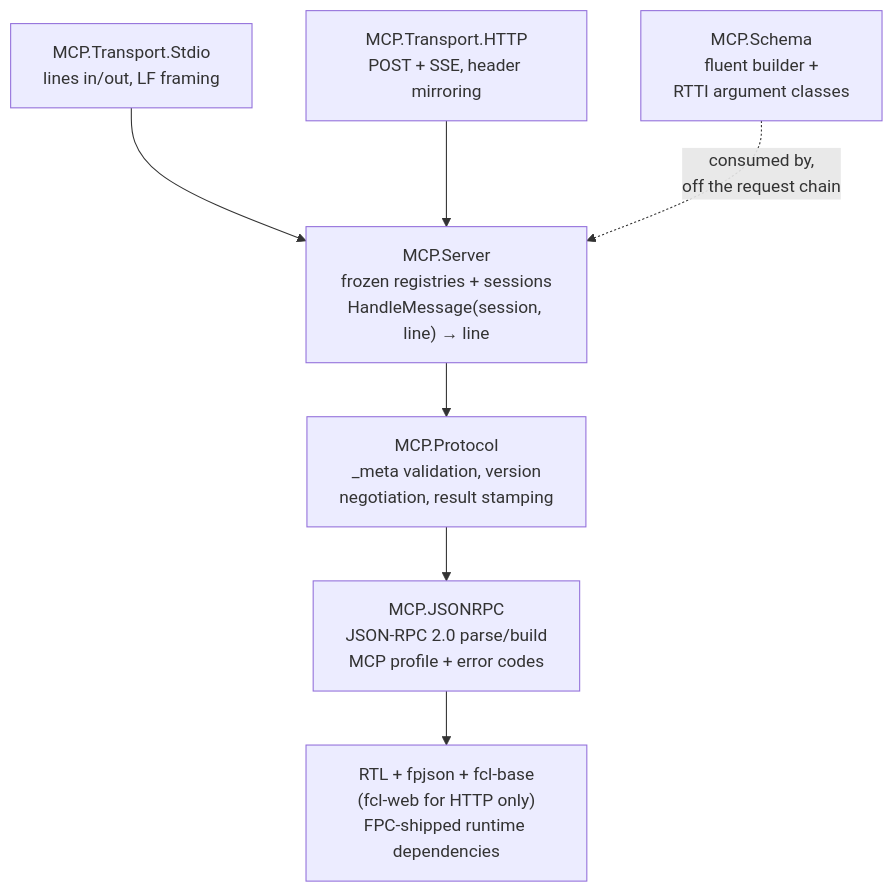
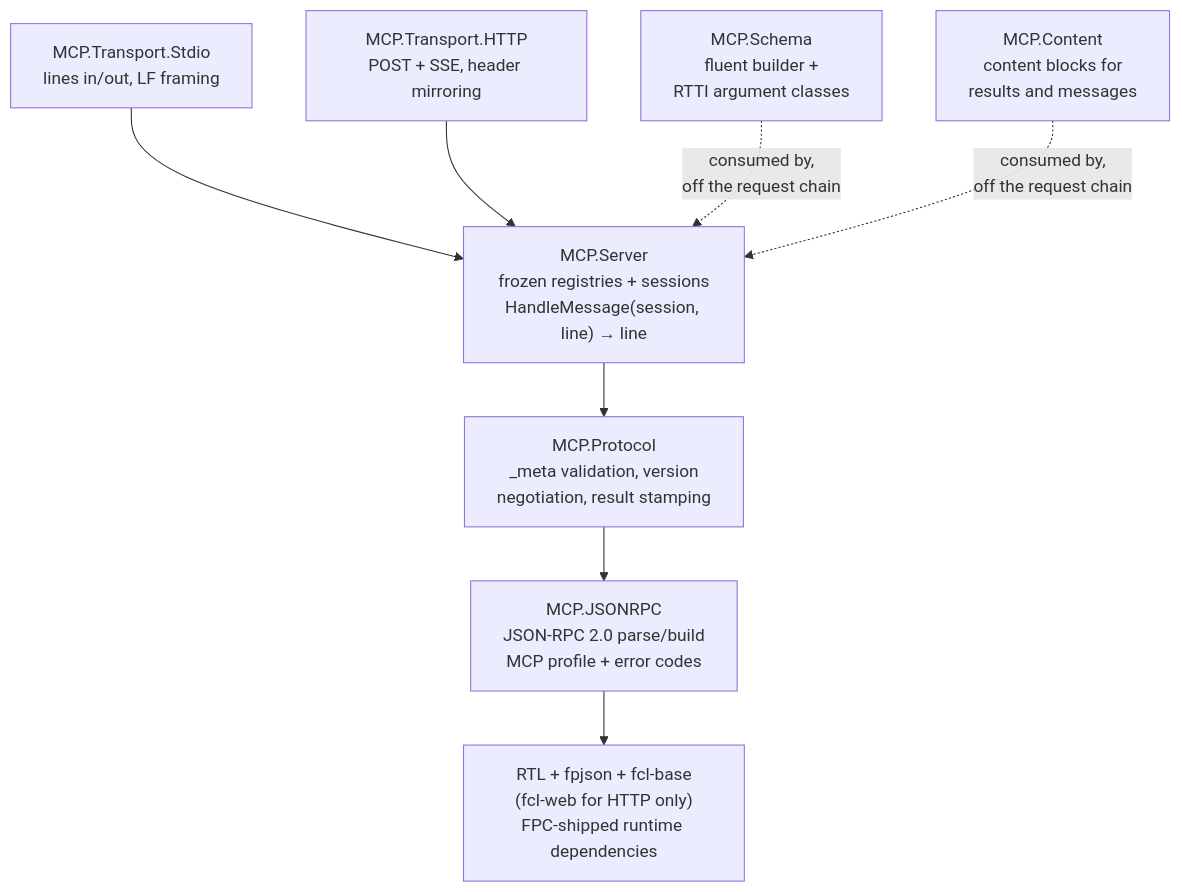
One commit to frostney/pascal-mcp-sdk changed the first of 5 diagrams in docs/internals/architecture.md. Above: the diagram before and after it, drawn with Mermaid. The commit also changed other lines of this file and 25 other files, not shown here.

````diff
--- a/docs/internals/architecture.md
+++ b/docs/internals/architecture.md
@@ -26,16 +26,18 @@
 ```mermaid
 flowchart TB
     STDIO["MCP.Transport.Stdio<br/>lines in/out, LF framing"]
     HTTP["MCP.Transport.HTTP<br/>POST + SSE, header mirroring"]
     SCHEMA["MCP.Schema<br/>fluent builder +<br/>RTTI argument classes"]
+    CONTENT["MCP.Content<br/>content blocks for<br/>results and messages"]
     SERVER["MCP.Server<br/>frozen registries + sessions<br/>HandleMessage(session, line) → line"]
     PROTOCOL["MCP.Protocol<br/>_meta validation, version<br/>negotiation, result stamping"]
     JSONRPC["MCP.JSONRPC<br/>JSON-RPC 2.0 parse/build<br/>MCP profile + error codes"]
     RTL["RTL + fpjson + fcl-base<br/>(fcl-web for HTTP only)<br/>FPC-shipped runtime dependencies"]
     STDIO --> SERVER
     HTTP --> SERVER
     SCHEMA -. "consumed by,<br/>off the request chain" .-> SERVER
+    CONTENT -. "consumed by,<br/>off the request chain" .-> SERVER
     SERVER --> PROTOCOL
     PROTOCOL --> JSONRPC
     JSONRPC --> RTL
 ```
````
